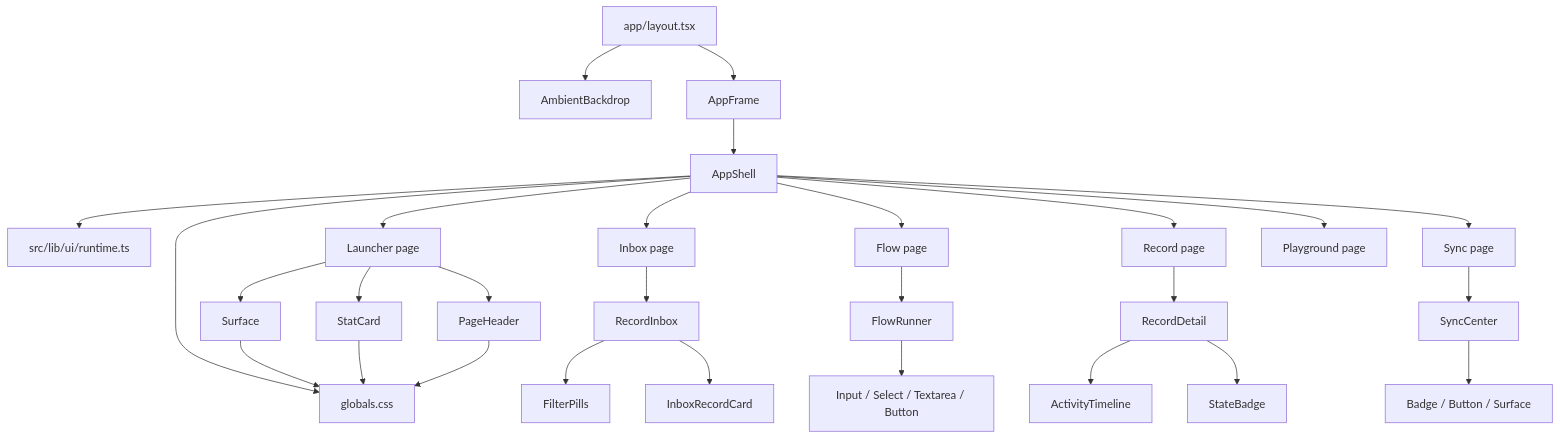
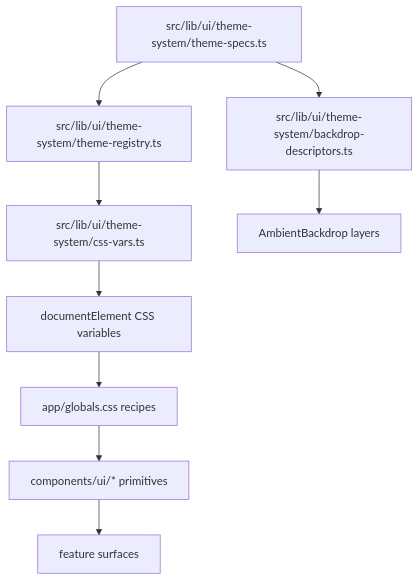
The diagram in apps/external_interaction_template/docs/architecture/FRONTEND_VISUAL_MAP.md (alanharrryy-wq/hitech-os), drawn with Mermaid before and after one commit. The commit also changed other lines of this file and 1852 other files, not shown here.

````diff
--- a/apps/external_interaction_template/docs/architecture/FRONTEND_VISUAL_MAP.md
+++ b/apps/external_interaction_template/docs/architecture/FRONTEND_VISUAL_MAP.md
@@ -29,36 +31,11 @@
 ```mermaid
 flowchart TD
-  A[app/layout.tsx] --> B[AmbientBackdrop]
-  A --> C[AppFrame]
-
-  C --> D[AppShell]
-  D --> E[src/lib/ui/runtime.ts]
-
-  D --> F[Launcher page]
-  D --> G[Inbox page]
-  D --> H[Flow page]
-  D --> I[Record page]
-  D --> J[Sync page]
-  D --> K[Playground page]
-
-  F --> L[PageHeader]
-  F --> M[StatCard]
-  F --> N[Surface]
-
-  G --> O[RecordInbox]
-  I --> P[RecordDetail]
-  H --> Q[FlowRunner]
-  J --> R[SyncCenter]
-
-  O --> S[FilterPills]
-  O --> T[InboxRecordCard]
-  P --> U[ActivityTimeline]
-  P --> V[StateBadge]
-  Q --> W[Input / Select / Textarea / Button]
-  R --> X[Badge / Button / Surface]
-
-  D --> Y[globals.css]
-  N --> Y
-  M --> Y
-  L --> Y
+  A[src/lib/ui/theme-system/theme-specs.ts] --> B[src/lib/ui/theme-system/theme-registry.ts]
+  B --> C[src/lib/ui/theme-system/css-vars.ts]
+  A --> D[src/lib/ui/theme-system/backdrop-descriptors.ts]
+  C --> E[documentElement CSS variables]
+  D --> F[AmbientBackdrop layers]
+  E --> G[app/globals.css recipes]
+  G --> H[components/ui/* primitives]
+  H --> I[feature surfaces]
 ```
````
